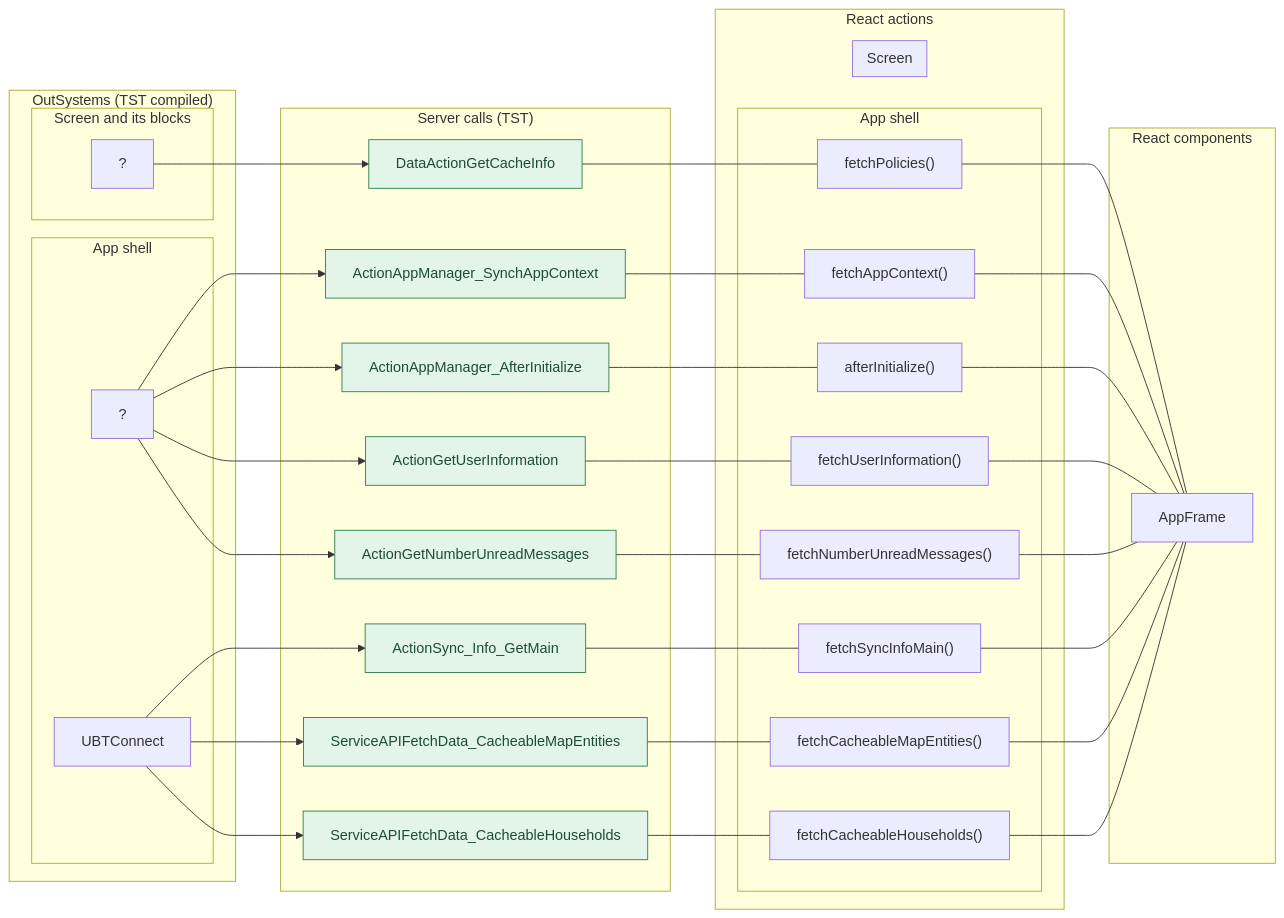
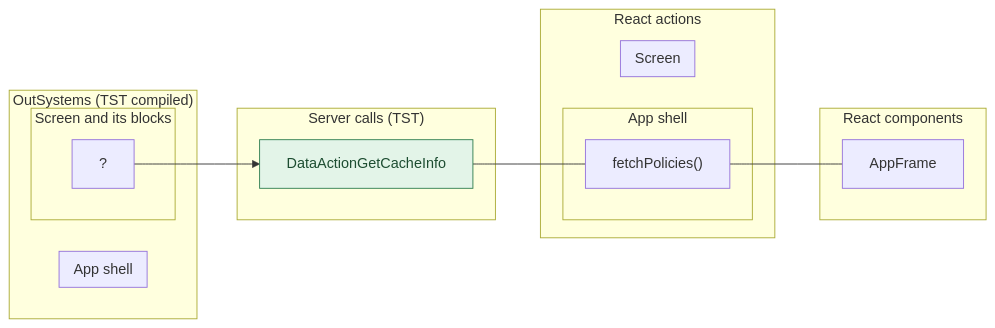
Before and after one commit to Phoenix-DX/connect-new-ui: the diagram in migration/route-actions/Splash.md, drawn with Mermaid. The commit also changed other lines of this file and 51 other files, not shown here.

Commit message:
route actions: route files keep only the route; APP_SHELL.md merges the app shell (layout, app start, bottom bar, PIN lock, shared dialogs) from the checked routes; one user action diagram per branch

````diff
--- a/migration/route-actions/Splash.md
+++ b/migration/route-actions/Splash.md
@@ -46,66 +51,29 @@
 ```mermaid
 flowchart LR
   subgraph OS["OutSystems (TST compiled)"]
     subgraph OS_shell["App shell"]
-      o0["?"]
-      o1["UBTConnect"]
     end
     subgraph OS_screen["Screen and its blocks"]
-      o2["?"]
+      o0["?"]
     end
   end
   subgraph EP["Server calls (TST)"]
-    e3["ActionSync_Info_GetMain"]
-    e4["ServiceAPIFetchData_CacheableMapEntities"]
-    e5["ServiceAPIFetchData_CacheableHouseholds"]
-    e6["ActionAppManager_SynchAppContext"]
-    e7["ActionAppManager_AfterInitialize"]
-    e8["ActionGetUserInformation"]
-    e9["ActionGetNumberUnreadMessages"]
-    e10["DataActionGetCacheInfo"]
+    e1["DataActionGetCacheInfo"]
   end
   subgraph RE["React actions"]
     subgraph RE_shell["App shell"]
-      r11["afterInitialize()"]
-      r12["fetchAppContext()"]
-      r13["fetchCacheableHouseholds()"]
-      r14["fetchCacheableMapEntities()"]
-      r15["fetchNumberUnreadMessages()"]
-      r16["fetchPolicies()"]
-      r17["fetchSyncInfoMain()"]
-      r18["fetchUserInformation()"]
+      r2["fetchPolicies()"]
     end
     subgraph RE_page["Screen"]
     end
   end
   subgraph RC["React components"]
-    c19["AppFrame"]
+    c3["AppFrame"]
   end
-  r11 --- c19
-  r12 --- c19
-  r13 --- c19
-  r14 --- c19
-  r15 --- c19
-  r16 --- c19
-  r17 --- c19
-  r18 --- c19
-  o1 --> e3
-  o1 --> e4
-  o1 --> e5
-  o0 --> e6
-  o0 --> e7
-  o0 --> e8
-  o0 --> e9
-  o2 --> e10
-  e3 --- r17
-  e4 --- r14
-  e5 --- r13
-  e6 --- r12
-  e7 --- r11
-  e8 --- r18
-  e9 --- r15
-  e10 --- r16
+  r2 --- c3
+  o0 --> e1
+  e1 --- r2
   classDef missing fill:#fde2e1,stroke:#c0392b,color:#7b241c
   classDef ok fill:#e3f4e8,stroke:#2e7d4f,color:#1d4d31
-  class e3,e4,e5,e6,e7,e8,e9,e10 ok
+  class e1 ok
 ```
````
